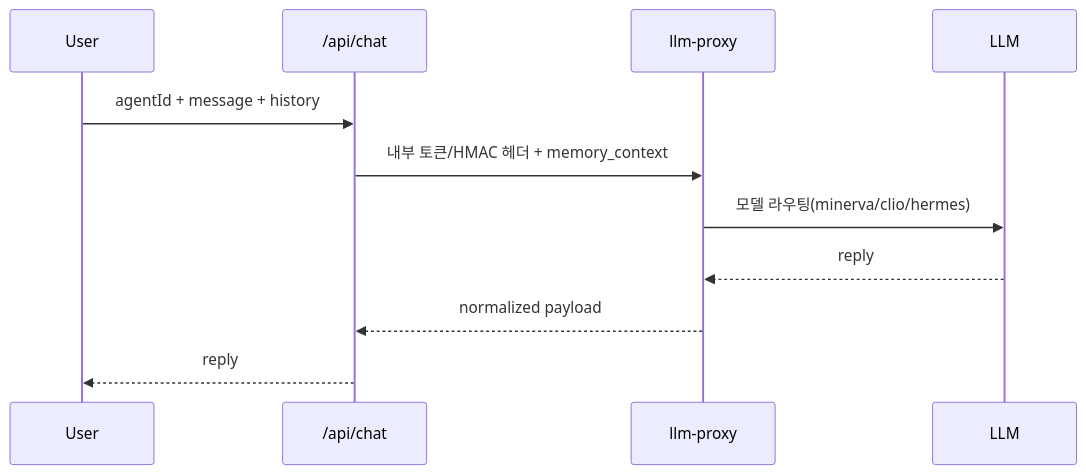
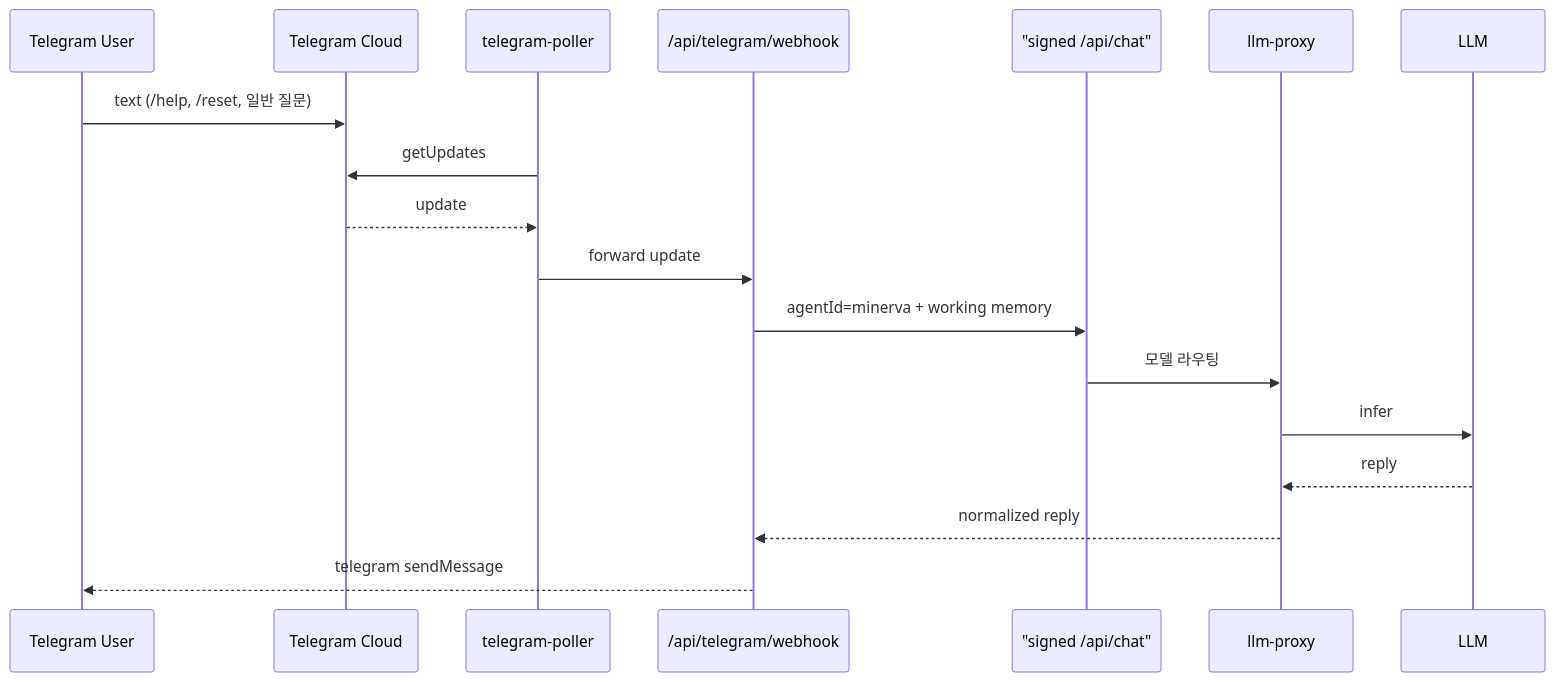
Before and after one commit to Merchantlee99/Personal-AI-agent-v2: the second of 5 diagrams in docs/ARCHITECTURE.md, drawn with Mermaid. The commit also changed other lines of this file and 172 other files, not shown here.

````diff
--- a/docs/ARCHITECTURE.md
+++ b/docs/ARCHITECTURE.md
@@ -70,14 +126,21 @@
 ```mermaid
 sequenceDiagram
-  participant U as User
-  participant C as /api/chat
-  participant P as llm-proxy
+  participant U as Telegram User
+  participant T as Telegram Cloud
+  participant TP as telegram-poller
+  participant W as /api/telegram/webhook
+  participant C as "signed /api/chat"
+  participant PX as llm-proxy
   participant L as LLM
 
-  U->>C: agentId + message + history
-  C->>P: 내부 토큰/HMAC 헤더 + memory_context
-  P->>L: 모델 라우팅(minerva/clio/hermes)
-  L-->>P: reply
-  P-->>C: normalized payload
-  C-->>U: reply
+  U->>T: text (/help, /reset, 일반 질문)
+  TP->>T: getUpdates
+  T-->>TP: update
+  TP->>W: forward update
+  W->>C: agentId=minerva + working memory
+  C->>PX: 모델 라우팅
+  PX->>L: infer
+  L-->>PX: reply
+  PX-->>W: normalized reply
+  W-->>U: telegram sendMessage
 ```
````
